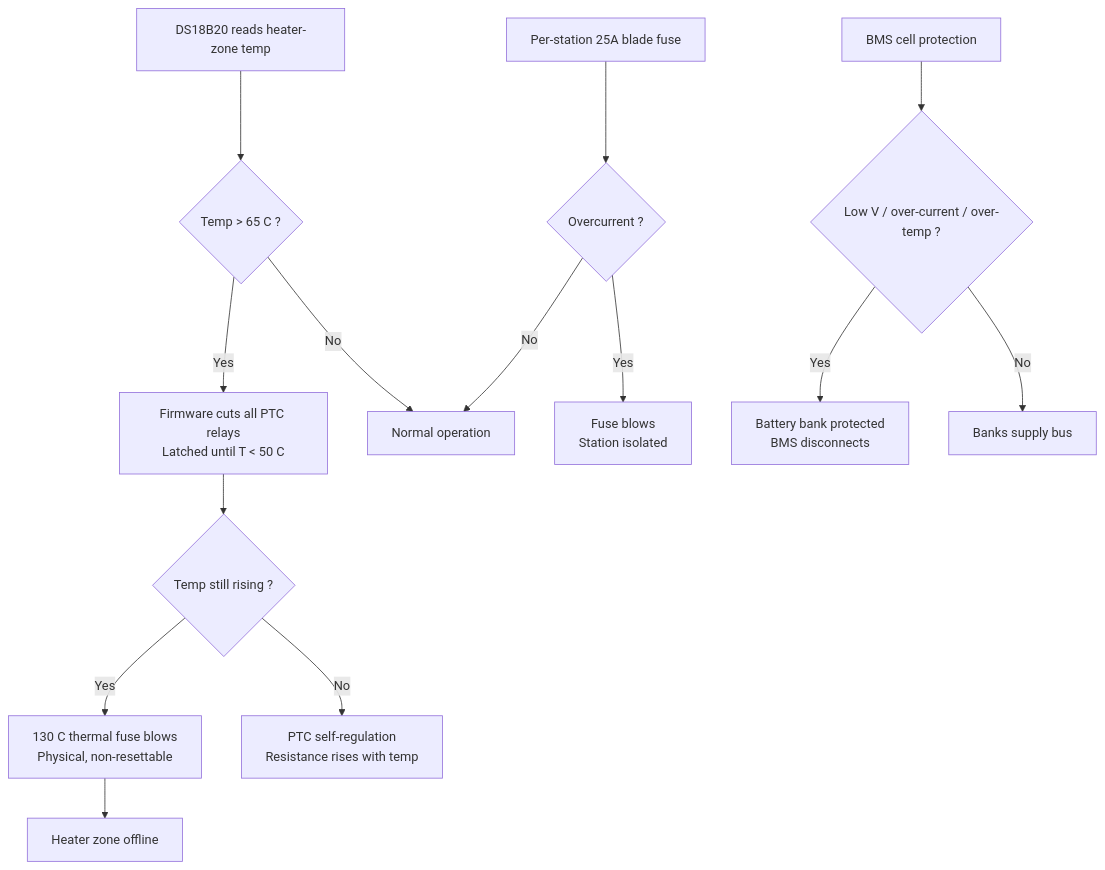
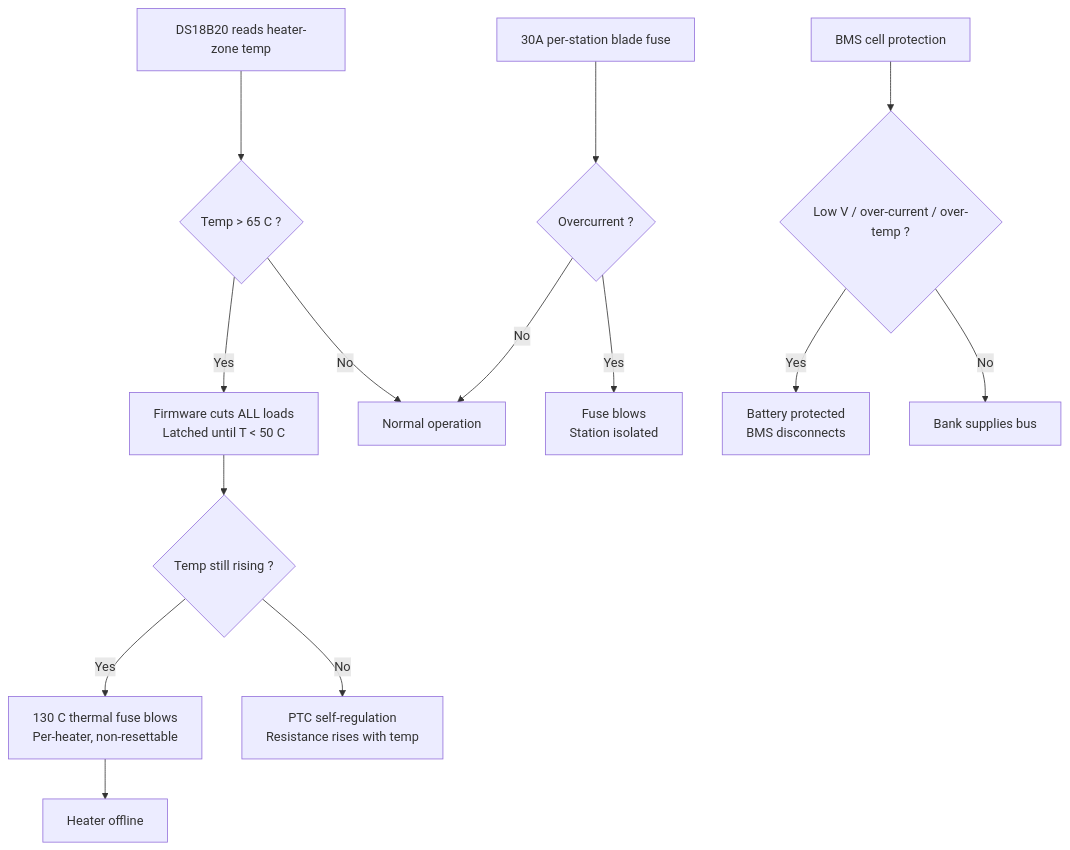
Before and after one commit to qppd/umbrella-dryer-v2: the third of 4 diagrams in docs/SYSTEM-ARCHITECTURE.md, drawn with Mermaid. The commit also changed other lines of this file and 14 other files, not shown here.

````diff
--- a/docs/SYSTEM-ARCHITECTURE.md
+++ b/docs/SYSTEM-ARCHITECTURE.md
@@ -122,20 +142,20 @@
 ```mermaid
 flowchart TD
     A["DS18B20 reads heater-zone temp"] --> B{"Temp > 65 C ?"}
-    B -- Yes --> C["Firmware cuts all PTC relays<br/>Latched until T < 50 C"]
+    B -- Yes --> C["Firmware cuts ALL loads<br/>Latched until T < 50 C"]
     B -- No --> D["Normal operation"]
 
     C --> E{"Temp still rising ?"}
-    E -- Yes --> F["130 C thermal fuse blows<br/>Physical, non-resettable"]
+    E -- Yes --> F["130 C thermal fuse blows<br/>Per-heater, non-resettable"]
     E -- No --> G["PTC self-regulation<br/>Resistance rises with temp"]
 
-    F --> H["Heater zone offline"]
+    F --> H["Heater offline"]
 
-    I["Per-station 25A blade fuse"] --> J{"Overcurrent ?"}
+    I["30A per-station blade fuse"] --> J{"Overcurrent ?"}
     J -- Yes --> K["Fuse blows<br/>Station isolated"]
     J -- No --> D
 
     L["BMS cell protection"] --> M{"Low V / over-current / over-temp ?"}
-    M -- Yes --> N["Battery bank protected<br/>BMS disconnects"]
-    M -- No --> O["Banks supply bus"]
+    M -- Yes --> N["Battery protected<br/>BMS disconnects"]
+    M -- No --> O["Bank supplies bus"]
 ```
````
